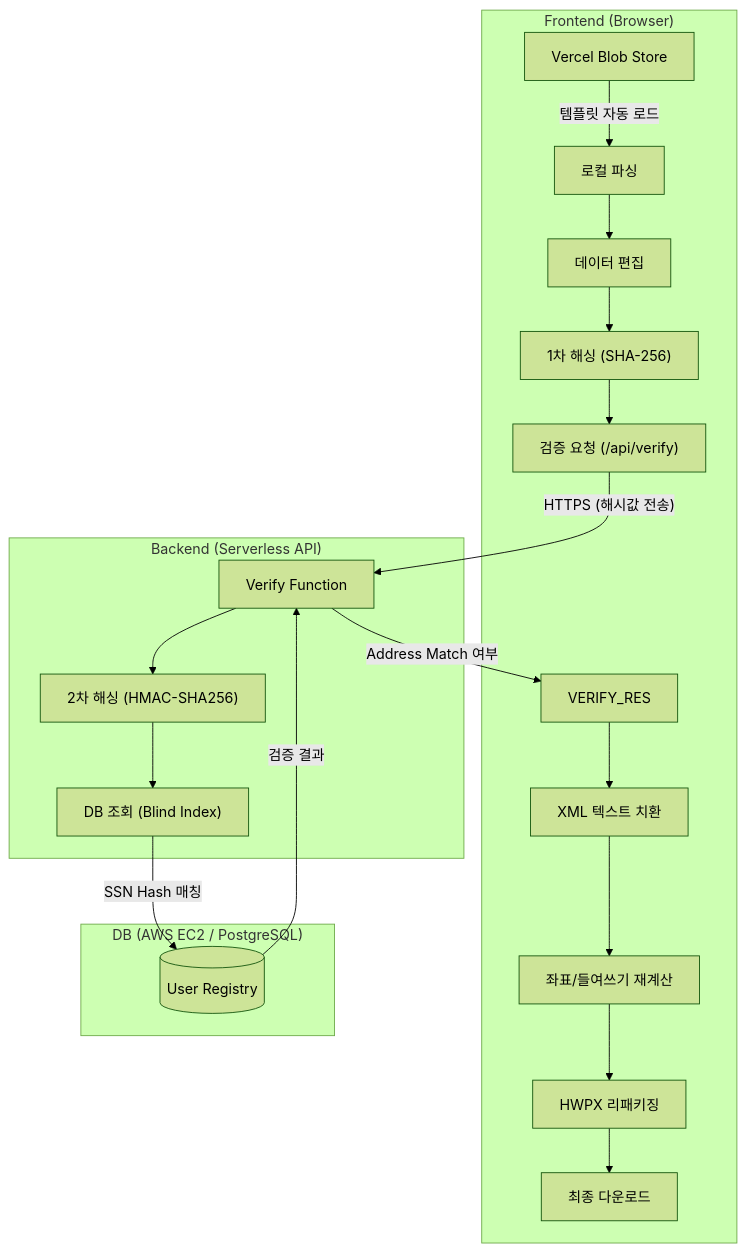
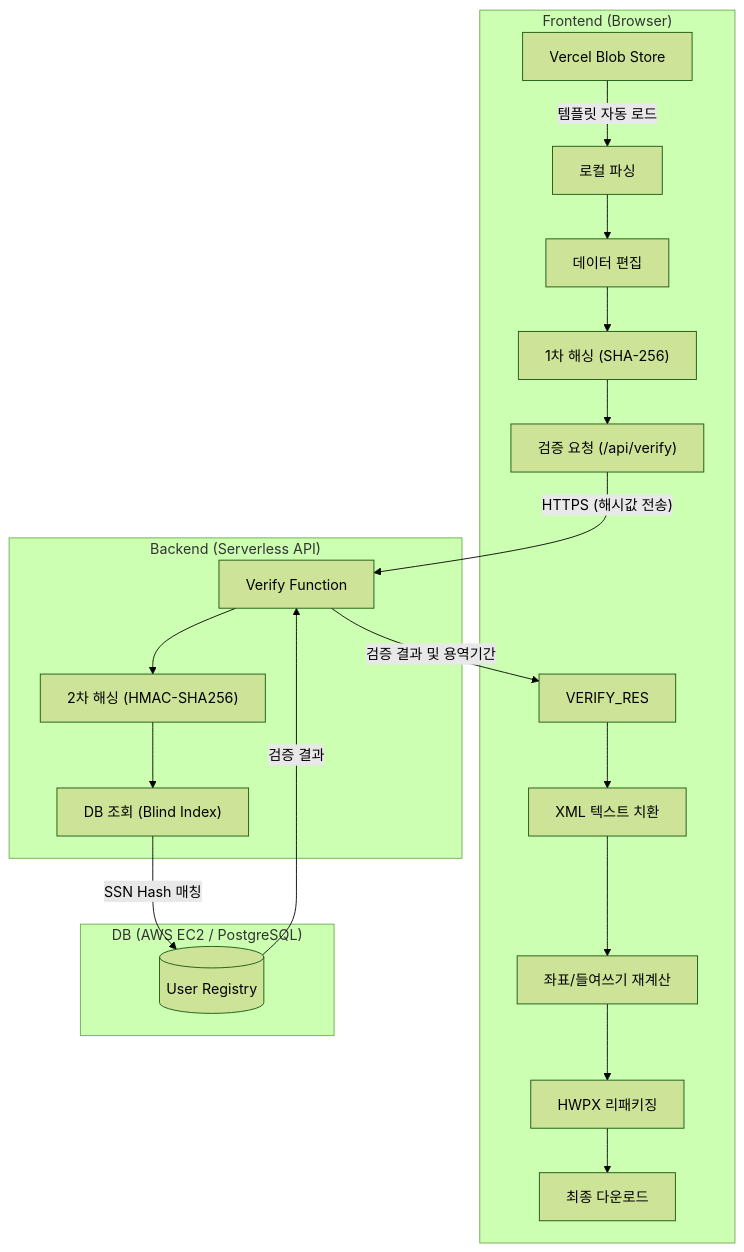
One commit to jpjp92/hwpx-back changed the diagram in README.md. Above: the diagram before and after it, drawn with Mermaid (forest theme). The commit also changed other lines of this file and 9 other files, not shown here.

````diff
--- a/README.md
+++ b/README.md
@@ -39,26 +51,26 @@
 ```mermaid
 flowchart TD
     subgraph Frontend ["Frontend (Browser)"]
         CLOUD[Vercel Blob Store] -- "템플릿 자동 로드" --> PARSE[로컬 파싱]
         PARSE --> EDIT[데이터 편집]
         EDIT --> HASH_CLIENT["1차 해싱 (SHA-256)"]
         HASH_CLIENT --> VERIFY_REQ["검증 요청 (/api/verify)"]
         VERIFY_RES --> REPLACE[XML 텍스트 치환]
         REPLACE --> LAYOUT[좌표/들여쓰기 재계산]
         LAYOUT --> REPACK[HWPX 리패키징]
         REPACK --> DL[최종 다운로드]
     end
 
     subgraph Backend ["Backend (Serverless API)"]
         VERIFY_REQ -- "HTTPS (해시값 전송)" --> API[Verify Function]
         API --> HASH_SERVER["2차 해싱 (HMAC-SHA256)"]
         HASH_SERVER --> QUERY["DB 조회 (Blind Index)"]
     end
 
     subgraph Database ["DB (AWS EC2 / PostgreSQL)"]
         QUERY -- "SSN Hash 매칭" --> DB[("User Registry")]
         DB -- "검증 결과" --> API
     end
 
-    API -- "Address Match 여부" --> VERIFY_RES
+    API -- "검증 결과 및 용역기간" --> VERIFY_RES
 ```
````
